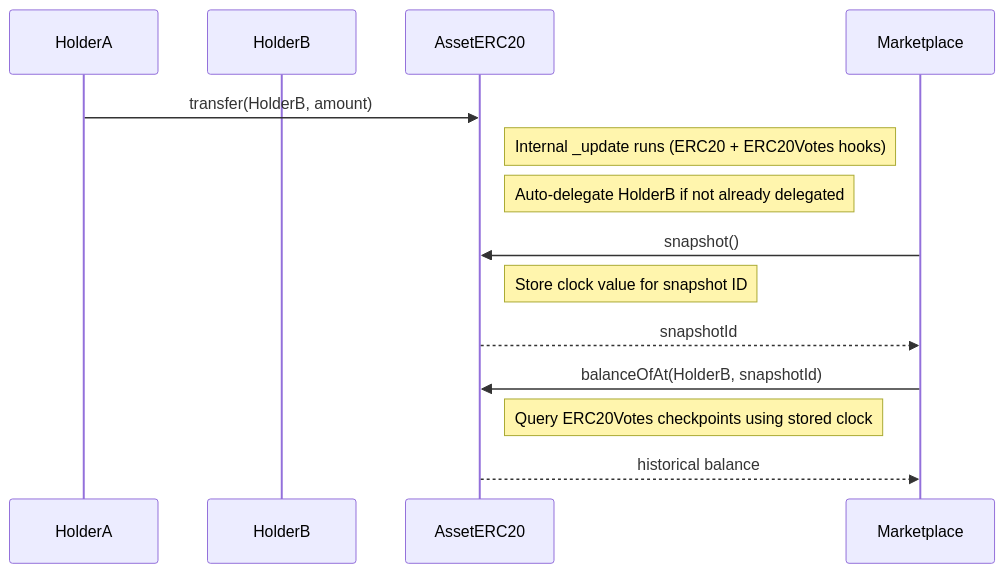
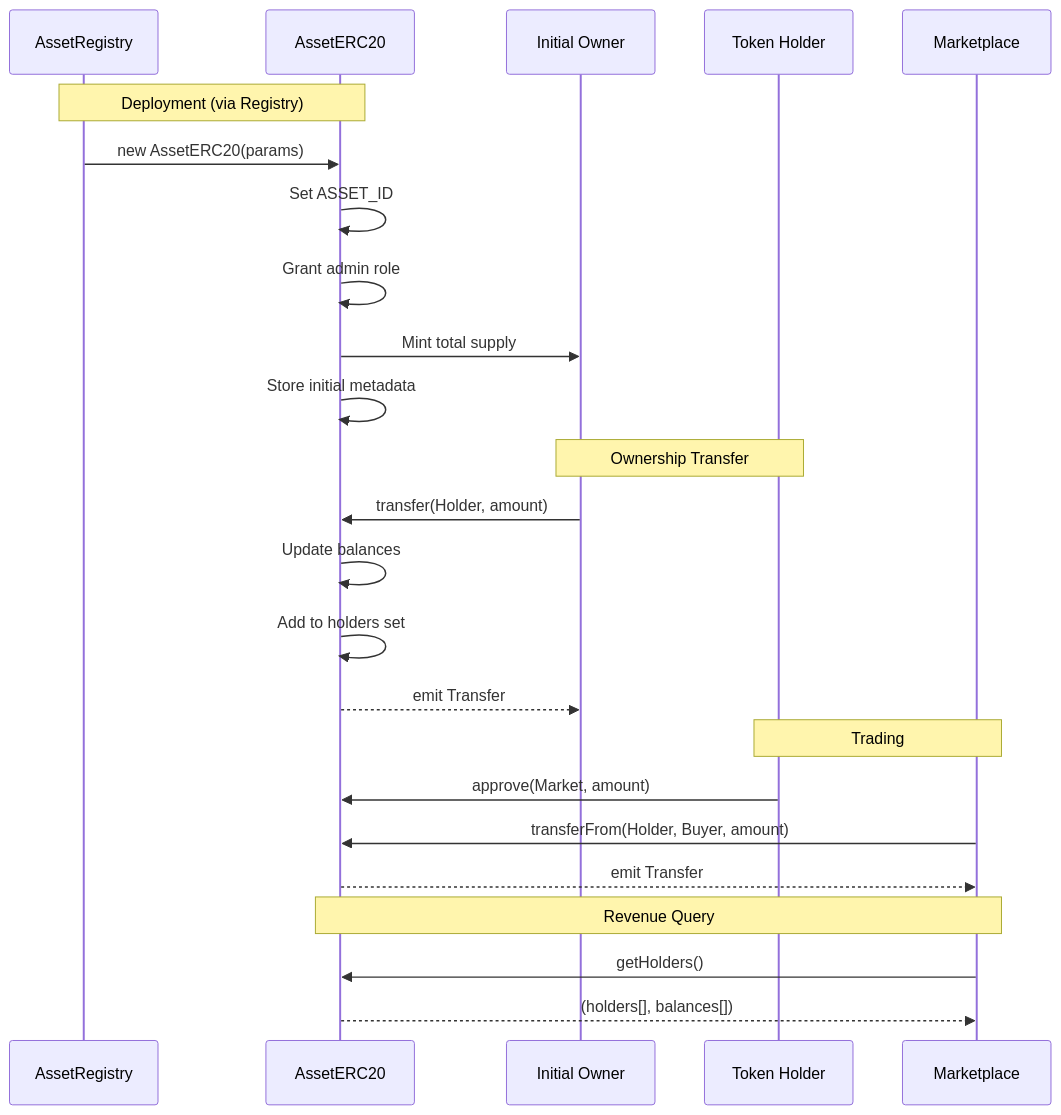
Before and after one commit to faas-tech/space-markets: the first of 3 diagrams in docs/contract-specific/AssetERC20.md, drawn with Mermaid. The commit also changed other lines of this file and 14 other files, not shown here.

````diff
--- a/docs/contract-specific/AssetERC20.md
+++ b/docs/contract-specific/AssetERC20.md
@@ -44,19 +156,30 @@
 ```mermaid
 sequenceDiagram
-  participant HolderA
-  participant HolderB
-  participant Token as AssetERC20
-  participant Market as Marketplace
+    participant Registry as AssetRegistry
+    participant Token as AssetERC20
+    participant Owner as Initial Owner
+    participant Holder as Token Holder
+    participant Market as Marketplace
 
-  HolderA->>Token: transfer(HolderB, amount)
-  Note right of Token: Internal _update runs (ERC20 + ERC20Votes hooks)
-  Note right of Token: Auto-delegate HolderB if not already delegated
+    Note over Registry, Token: Deployment (via Registry)
+    Registry->>Token: new AssetERC20(params)
+    Token->>Token: Set ASSET_ID
+    Token->>Token: Grant admin role
+    Token->>Owner: Mint total supply
+    Token->>Token: Store initial metadata
 
-  Market->>Token: snapshot()
-  Note right of Token: Store clock value for snapshot ID
-  Token-->>Market: snapshotId
+    Note over Owner, Holder: Ownership Transfer
+    Owner->>Token: transfer(Holder, amount)
+    Token->>Token: Update balances
+    Token->>Token: Add to holders set
+    Token-->>Owner: emit Transfer
 
-  Market->>Token: balanceOfAt(HolderB, snapshotId)
-  Note right of Token: Query ERC20Votes checkpoints using stored clock
-  Token-->>Market: historical balance
+    Note over Holder, Market: Trading
+    Holder->>Token: approve(Market, amount)
+    Market->>Token: transferFrom(Holder, Buyer, amount)
+    Token-->>Market: emit Transfer
+
+    Note over Token, Market: Revenue Query
+    Market->>Token: getHolders()
+    Token-->>Market: (holders[], balances[])
 ```
````
